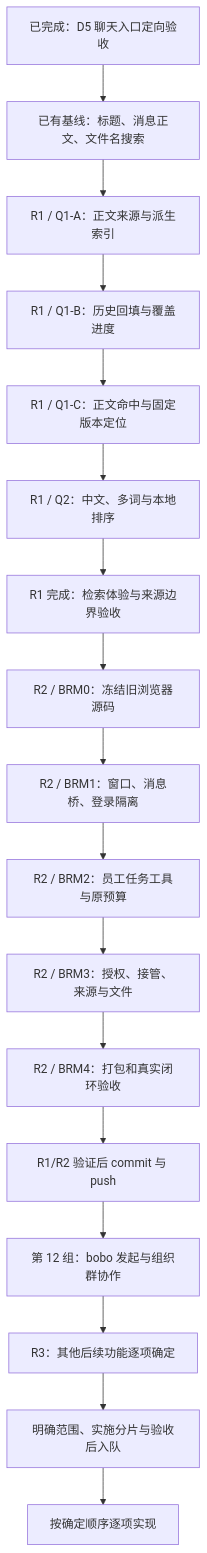
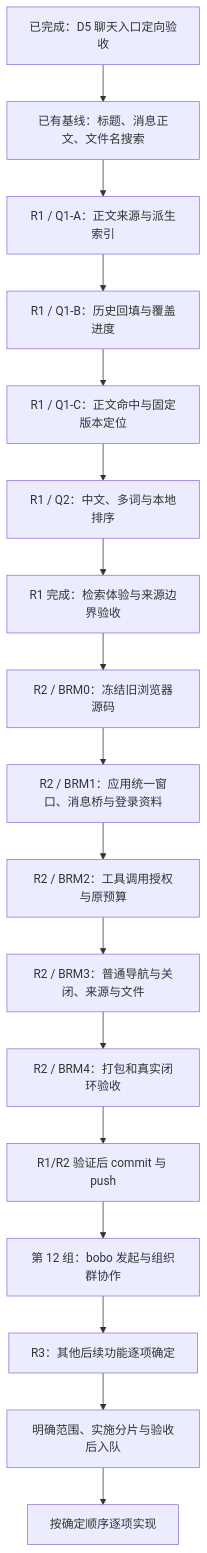
The diagram in ai-docs/spec/01-后续功能实施路线图.md (6owen/boai-agent), drawn with Mermaid before and after one commit. The commit also changed other lines of this file and 187 other files, not shown here.

````diff
--- a/ai-docs/spec/01-后续功能实施路线图.md
+++ b/ai-docs/spec/01-后续功能实施路线图.md
@@ -22,19 +25,19 @@
 ```mermaid
 flowchart TD
     P[已完成：D5 聊天入口定向验收] --> A[已有基线：标题、消息正文、文件名搜索]
     A --> B[R1 / Q1-A：正文来源与派生索引]
     B --> C[R1 / Q1-B：历史回填与覆盖进度]
     C --> D[R1 / Q1-C：正文命中与固定版本定位]
     D --> E[R1 / Q2：中文、多词与本地排序]
     E --> F[R1 完成：检索体验与来源边界验收]
     F --> G[R2 / BRM0：冻结旧浏览器源码]
-    G --> H[R2 / BRM1：窗口、消息桥、登录隔离]
-    H --> I[R2 / BRM2：员工任务工具与原预算]
-    I --> J[R2 / BRM3：授权、接管、来源与文件]
+    G --> H[R2 / BRM1：应用统一窗口、消息桥与登录资料]
+    H --> I[R2 / BRM2：工具调用授权与原预算]
+    I --> J[R2 / BRM3：普通导航与关闭、来源与文件]
     J --> K[R2 / BRM4：打包和真实闭环验收]
     K --> CMT[R1/R2 验证后 commit 与 push]
     CMT --> O[第 12 组：bobo 发起与组织群协作]
     O --> L[R3：其他后续功能逐项确定]
     L --> M[明确范围、实施分片与验收后入队]
     M --> N[按确定顺序逐项实现]
 ```
````
